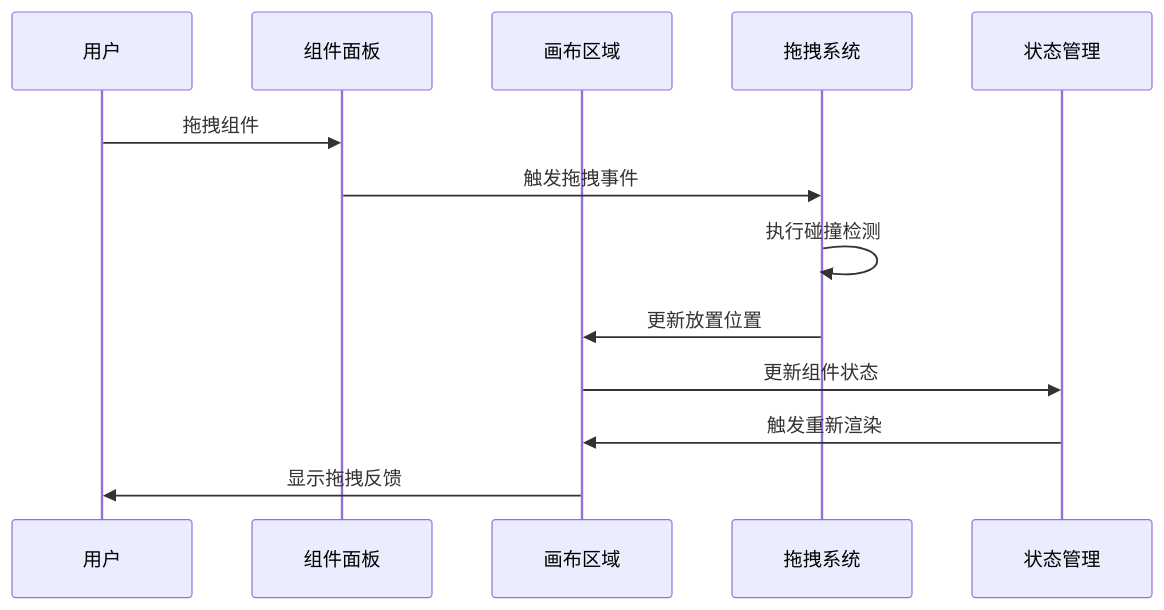
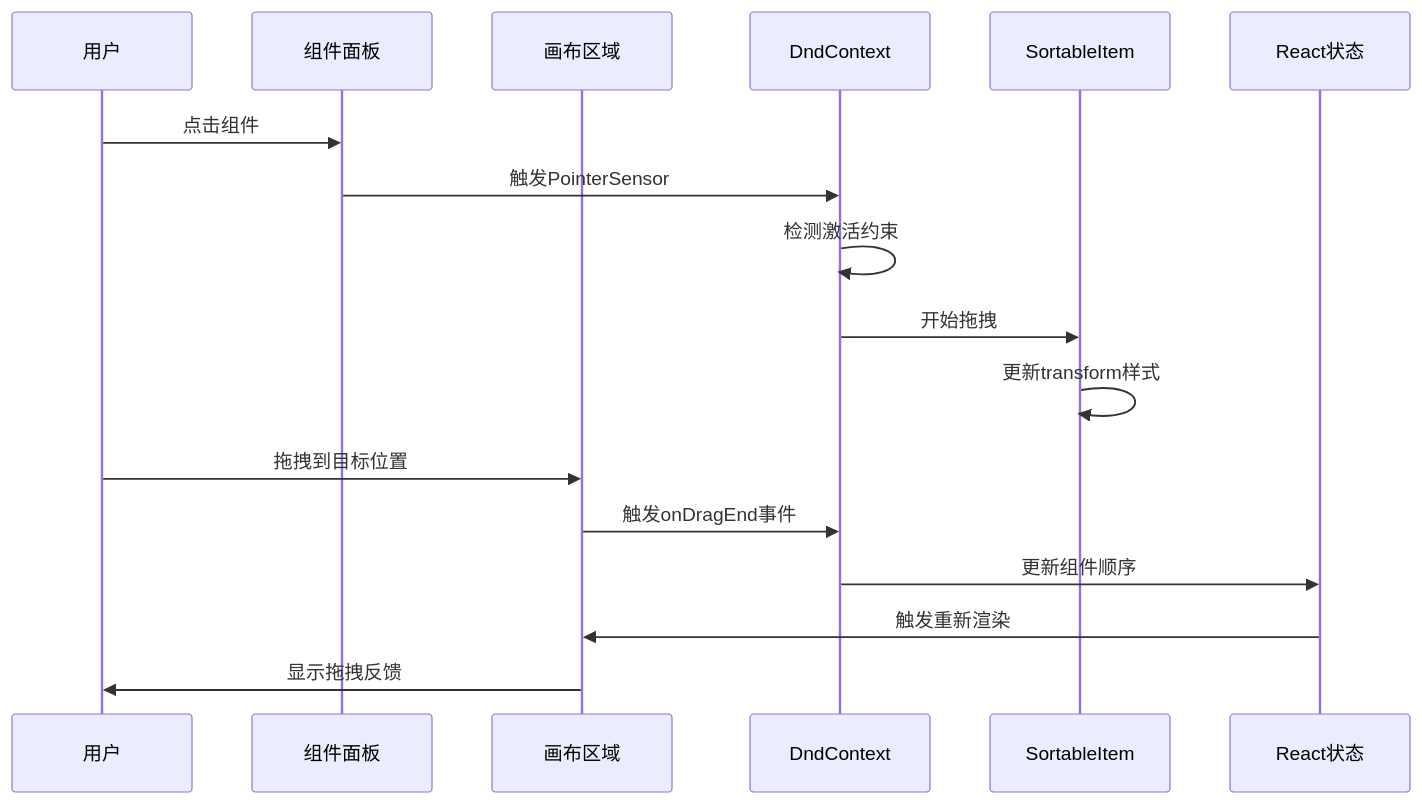
One commit to wyg5208/website_diy changed the third of 7 diagrams in .qoder/repowiki/zh/content/前端组件系统/拖拽编辑器.md. Above: the diagram before and after it, drawn with Mermaid. The commit also changed other lines of this file and 43 other files, not shown here.

````diff
--- a/.qoder/repowiki/zh/content/前端组件系统/拖拽编辑器.md
+++ b/.qoder/repowiki/zh/content/前端组件系统/拖拽编辑器.md
@@ -144,15 +173,19 @@
 ```mermaid
 sequenceDiagram
 participant User as 用户
 participant Panel as 组件面板
 participant Canvas as 画布区域
-participant DnD as 拖拽系统
-participant State as 状态管理
-User->>Panel : 拖拽组件
-Panel->>DnD : 触发拖拽事件
-DnD->>DnD : 执行碰撞检测
-DnD->>Canvas : 更新放置位置
-Canvas->>State : 更新组件状态
+participant DndContext as DndContext
+participant SortableItem as SortableItem
+participant State as React状态
+User->>Panel : 点击组件
+Panel->>DndContext : 触发PointerSensor
+DndContext->>DndContext : 检测激活约束
+DndContext->>SortableItem : 开始拖拽
+SortableItem->>SortableItem : 更新transform样式
+User->>Canvas : 拖拽到目标位置
+Canvas->>DndContext : 触发onDragEnd事件
+DndContext->>State : 更新组件顺序
 State->>Canvas : 触发重新渲染
 Canvas->>User : 显示拖拽反馈
 ```
````
